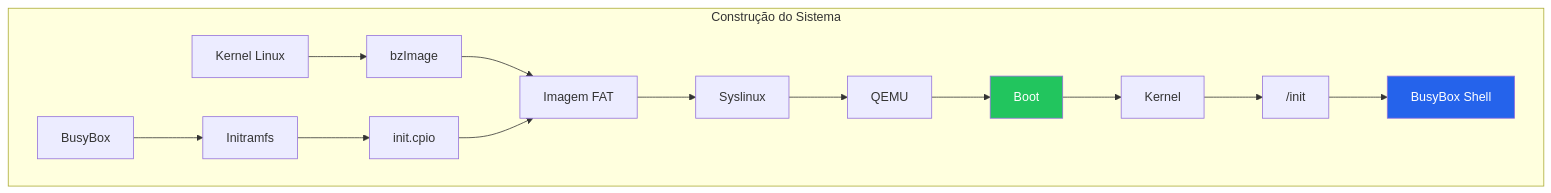
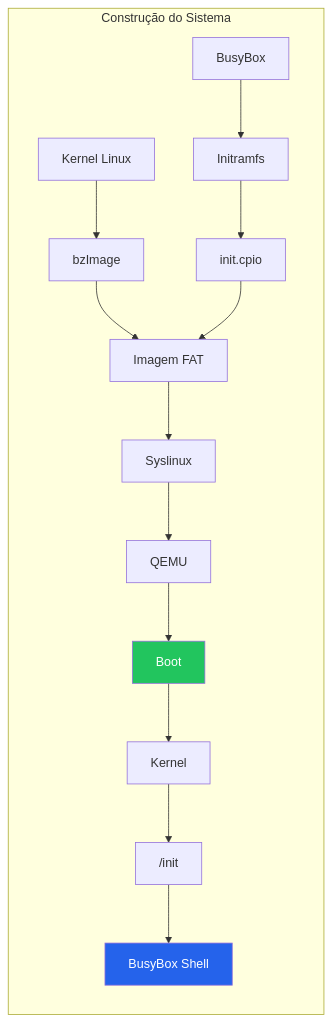
One commit to FelpzzzEX/LecOS changed the diagram in base-inicial.md. Above: the diagram before and after it, drawn with Mermaid.

Commit message:
docs: fixing mermaid

````diff
--- a/base-inicial.md
+++ b/base-inicial.md
@@ -20,24 +20,24 @@
 ```mermaid
-flowchart TD
+flowchart LR
     subgraph Build["Construção do Sistema"]
       A["Kernel Linux"] --> B["bzImage"]
       C["BusyBox"] --> D["Initramfs"]
       D --> E["init.cpio"]
       B --> F["Imagem FAT"]
       E --> F
       F --> G["Syslinux"]
     end
 
     subgraph Build["Inicializando"]
       H["QEMU"]
       H --> I["Boot"]
       I --> J["Kernel"]
       J --> K["/init"]
       K --> L["BusyBox Shell"]
     end
 
     G --> H
     
     style I fill:#22c55e,color:#fff
     style L fill:#2563eb,color:#fff
 ```
````
